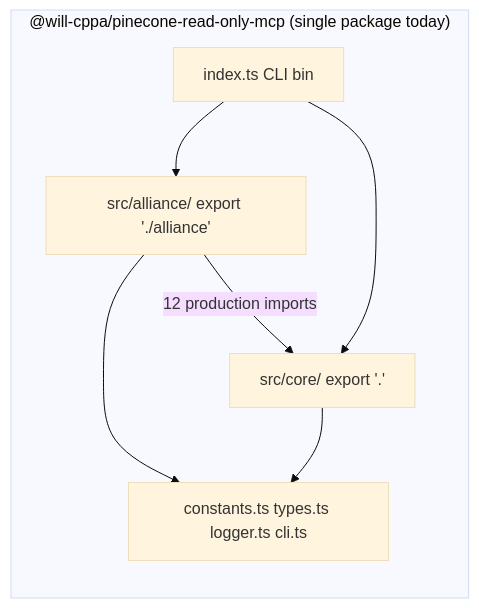
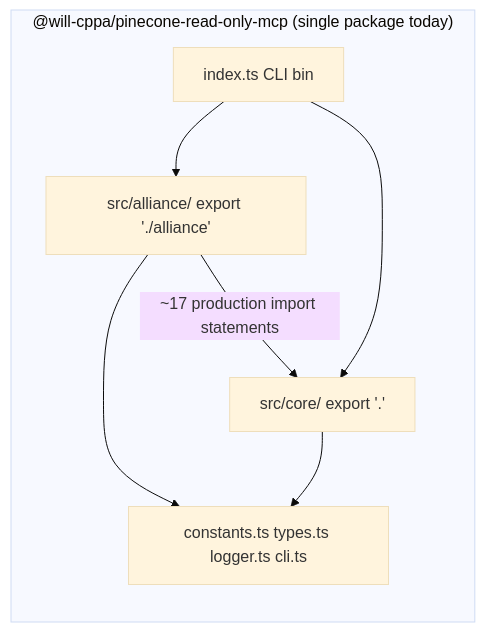
Before and after one commit to cppalliance/pinecone-read-only-mcp-typescript: the diagram in docs/PACKAGE_SPLIT_EVAL.md, drawn with Mermaid (base theme). The commit also changed other lines of this file, not shown here.

````diff
--- a/docs/PACKAGE_SPLIT_EVAL.md
+++ b/docs/PACKAGE_SPLIT_EVAL.md
@@ -51,14 +53,14 @@
 ```mermaid
 flowchart LR
   subgraph pkg ["@will-cppa/pinecone-read-only-mcp (single package today)"]
     core["src/core/ export '.'"]
     alliance["src/alliance/ export './alliance'"]
     shared["constants.ts types.ts logger.ts cli.ts"]
     cli["index.ts CLI bin"]
   end
-  alliance -->|"12 production imports"| core
+  alliance -->|"~17 production import statements"| core
   alliance --> shared
   core --> shared
   cli --> alliance
   cli --> core
 ```
````
